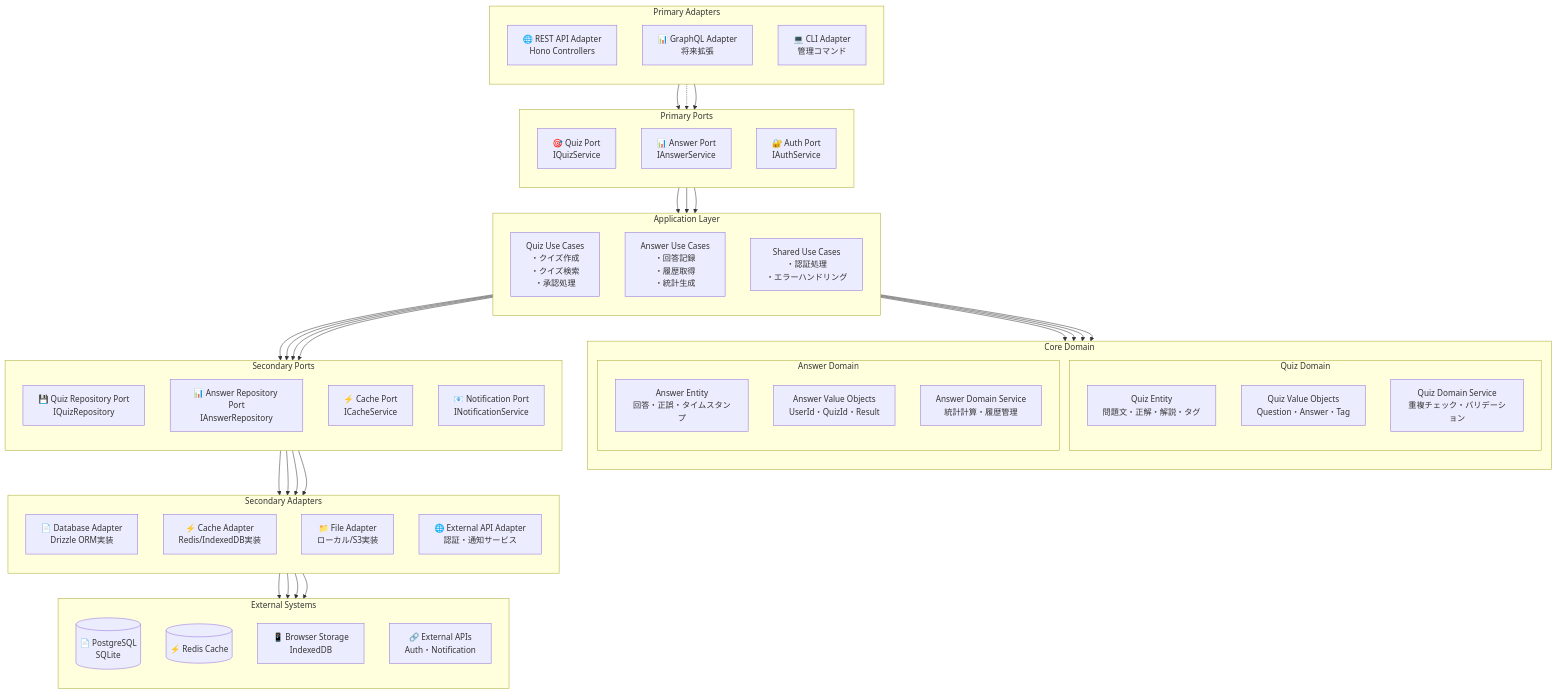
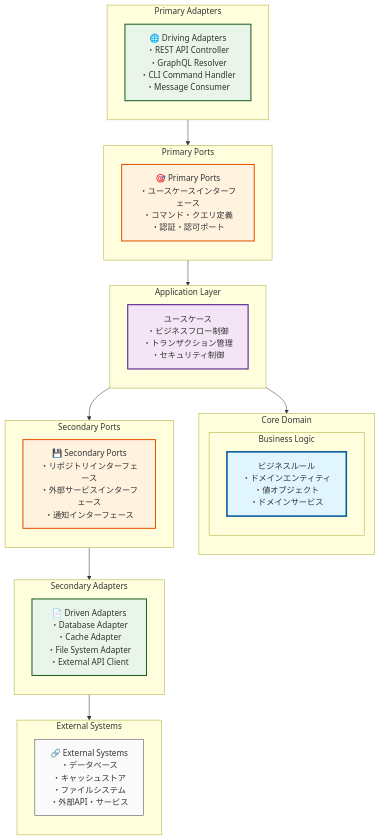
Before and after one commit to tanacchi/your-quiz: the diagram in docs/project/architecture/diagrams/hexagonal-architecture.md, drawn with Mermaid. The commit also changed other lines of this file and 16 other files, not shown here.

First line of the commit message:
Update architecture diagrams: IndexedDB browser operations and remove CDN

````diff
--- a/docs/project/architecture/diagrams/hexagonal-architecture.md
+++ b/docs/project/architecture/diagrams/hexagonal-architecture.md
@@ -11,99 +13,67 @@
     %% Core Domain (Center)
     subgraph "Core Domain"
         direction TB
-        subgraph "Quiz Domain"
-            QuizEntity[Quiz Entity<br/>問題文・正解・解説・タグ]
-            QuizVO[Quiz Value Objects<br/>Question・Answer・Tag]
-            QuizService[Quiz Domain Service<br/>重複チェック・バリデーション]
-        end
-
-        subgraph "Answer Domain"
-            AnswerEntity[Answer Entity<br/>回答・正誤・タイムスタンプ]
-            AnswerVO[Answer Value Objects<br/>UserId・QuizId・Result]
-            AnswerService[Answer Domain Service<br/>統計計算・履歴管理]
+        subgraph "Business Logic"
+            BL[ビジネスルール<br/>・ドメインエンティティ<br/>・値オブジェクト<br/>・ドメインサービス]
         end
     end
 
     %% Application Layer (Use Cases)
     subgraph "Application Layer"
         direction TB
-        QuizUC[Quiz Use Cases<br/>・クイズ作成<br/>・クイズ検索<br/>・承認処理]
-        AnswerUC[Answer Use Cases<br/>・回答記録<br/>・履歴取得<br/>・統計生成]
-        SharedUC[Shared Use Cases<br/>・認証処理<br/>・エラーハンドリング]
+        UC[ユースケース<br/>・ビジネスフロー制御<br/>・トランザクション管理<br/>・セキュリティ制御]
     end
 
     %% Primary Ports (入力ポート)
     subgraph "Primary Ports"
         direction TB
-        QuizPort[🎯 Quiz Port<br/>IQuizService]
-        AnswerPort[📊 Answer Port<br/>IAnswerService]
-        AuthPort[🔐 Auth Port<br/>IAuthService]
+        InputPorts[🎯 Primary Ports<br/>・ユースケースインターフェース<br/>・コマンド・クエリ定義<br/>・認証・認可ポート]
     end
 
     %% Secondary Ports (出力ポート)
     subgraph "Secondary Ports"
         direction TB
-        QuizRepoPort[💾 Quiz Repository Port<br/>IQuizRepository]
-        AnswerRepoPort[📊 Answer Repository Port<br/>IAnswerRepository]
-        CachePort[⚡ Cache Port<br/>ICacheService]
-        NotificationPort[📧 Notification Port<br/>INotificationService]
+        OutputPorts[💾 Secondary Ports<br/>・リポジトリインターフェース<br/>・外部サービスインターフェース<br/>・通知インターフェース]
     end
 
     %% Primary Adapters (Driving Adapters)
     subgraph "Primary Adapters"
         direction TB
-        RESTAdapter[🌐 REST API Adapter<br/>Hono Controllers]
-        GraphQLAdapter[📊 GraphQL Adapter<br/>将来拡張]
-        CLIAdapter[💻 CLI Adapter<br/>管理コマンド]
+        DrivingAdapters[🌐 Driving Adapters<br/>・REST API Controller<br/>・GraphQL Resolver<br/>・CLI Command Handler<br/>・Message Consumer]
     end
 
     %% Secondary Adapters (Driven Adapters)
     subgraph "Secondary Adapters"
         direction TB
-        DBAdapter[📄 Database Adapter<br/>Drizzle ORM実装]
-        CacheAdapter[⚡ Cache Adapter<br/>Redis/IndexedDB実装]
-        FileAdapter[📁 File Adapter<br/>ローカル/S3実装]
-        ExternalAdapter[🌐 External API Adapter<br/>認証・通知サービス]
+        DrivenAdapters[📄 Driven Adapters<br/>・Database Adapter<br/>・Cache Adapter<br/>・File System Adapter<br/>・External API Client]
     end
 
     %% External Systems
     subgraph "External Systems"
         direction TB
-        Database[(📄 PostgreSQL<br/>SQLite)]
-        Redis[(⚡ Redis Cache)]
-        Browser[📱 Browser Storage<br/>IndexedDB]
-        ExternalAPI[🔗 External APIs<br/>Auth・Notification]
+        ExternalSystems[🔗 External Systems<br/>・データベース<br/>・キャッシュストア<br/>・ファイルシステム<br/>・外部API・サービス]
     end
 
     %% Primary Flow (左から右)
-    RESTAdapter --> QuizPort
-    GraphQLAdapter -.-> QuizPort
-    CLIAdapter --> AuthPort
-
-    QuizPort --> QuizUC
-    AnswerPort --> AnswerUC
-    AuthPort --> SharedUC
-
-    %% Use Cases to Domain
-    QuizUC --> QuizEntity
-    QuizUC --> QuizService
-    AnswerUC --> AnswerEntity
-    AnswerUC --> AnswerService
+    DrivingAdapters --> InputPorts
+    InputPorts --> UC
+    UC --> BL
 
     %% Secondary Flow (右から左)
-    QuizUC --> QuizRepoPort
-    AnswerUC --> AnswerRepoPort
-    SharedUC --> CachePort
-    SharedUC --> NotificationPort
+    UC --> OutputPorts
+    OutputPorts --> DrivenAdapters
+    DrivenAdapters --> ExternalSystems
 
-    QuizRepoPort --> DBAdapter
-    AnswerRepoPort --> DBAdapter
-    CachePort --> CacheAdapter
-    NotificationPort --> ExternalAdapter
+    %% Styling
+    classDef coreStyle fill:#e1f5fe,stroke:#01579b,stroke-width:3px
+    classDef appStyle fill:#f3e5f5,stroke:#4a148c,stroke-width:2px
+    classDef portStyle fill:#fff3e0,stroke:#e65100,stroke-width:2px
+    classDef adapterStyle fill:#e8f5e8,stroke:#1b5e20,stroke-width:2px
+    classDef externalStyle fill:#fafafa,stroke:#424242,stroke-width:1px
 
-    %% Adapters to External Systems
-    DBAdapter --> Database
-    CacheAdapter --> Redis
-    CacheAdapter --> Browser
-    ExternalAdapter --> ExternalAPI
+    class BL coreStyle
+    class UC appStyle
+    class InputPorts,OutputPorts portStyle
+    class DrivingAdapters,DrivenAdapters adapterStyle
+    class ExternalSystems externalStyle
 ```
````
